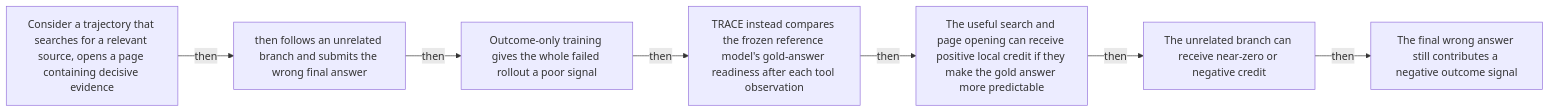
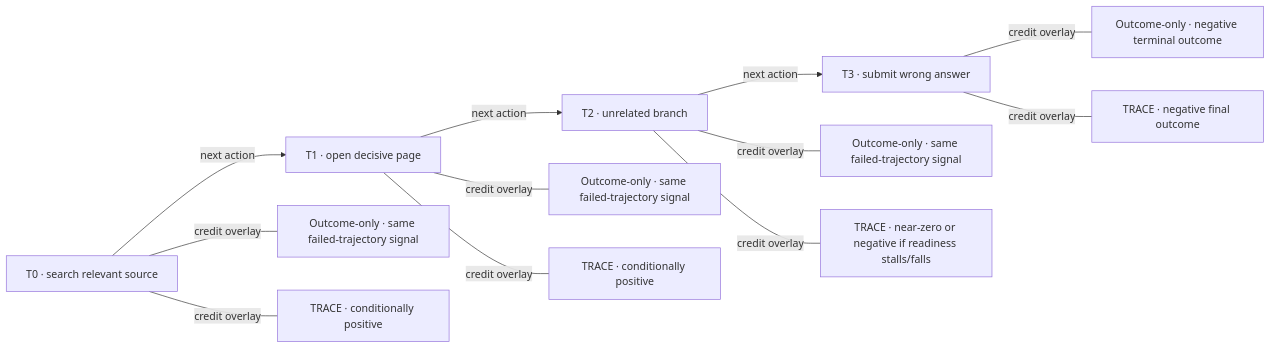
One commit to Betancourt1/paper_atlas changed diagram 22 of 48 in docs/visual-manifests/VISUAL_MANIFEST_TRACE.md. Above: the diagram before and after it, drawn with Mermaid. The commit also changed other lines of this file and 7 other files, not shown here.

````diff
--- a/docs/visual-manifests/VISUAL_MANIFEST_TRACE.md
+++ b/docs/visual-manifests/VISUAL_MANIFEST_TRACE.md
@@ -1817,16 +1896,26 @@
 ```mermaid
 flowchart LR
-  n1["Consider a trajectory that searches for a relevant source, opens a page containing decisive evidence"]
-  n2["then follows an unrelated branch and submits the wrong final answer"]
-  n3["Outcome-only training gives the whole failed rollout a poor signal"]
-  n4["TRACE instead compares the frozen reference model's gold-answer readiness after each tool observation"]
-  n5["The useful search and page opening can receive positive local credit if they make the gold answer more predictable"]
-  n6["The unrelated branch can receive near-zero or negative credit"]
-  n7["The final wrong answer still contributes a negative outcome signal"]
-  n1 -->|"then"| n2
-  n2 -->|"then"| n3
-  n3 -->|"then"| n4
-  n4 -->|"then"| n5
-  n5 -->|"then"| n6
-  n6 -->|"then"| n7
+  a0["T0 · search relevant source"]
+  a1["T1 · open decisive page"]
+  a2["T2 · unrelated branch"]
+  a3["T3 · submit wrong answer"]
+  o0["Outcome-only · same failed-trajectory signal"]
+  t0["TRACE · conditionally positive"]
+  o1["Outcome-only · same failed-trajectory signal"]
+  t1["TRACE · conditionally positive"]
+  o2["Outcome-only · same failed-trajectory signal"]
+  t2["TRACE · near-zero or negative if readiness stalls/falls"]
+  o3["Outcome-only · negative terminal outcome"]
+  t3["TRACE · negative final outcome"]
+  a0 -->|"next action"| a1
+  a1 -->|"next action"| a2
+  a2 -->|"next action"| a3
+  a0 ---|"credit overlay"| o0
+  a0 ---|"credit overlay"| t0
+  a1 ---|"credit overlay"| o1
+  a1 ---|"credit overlay"| t1
+  a2 ---|"credit overlay"| o2
+  a2 ---|"credit overlay"| t2
+  a3 ---|"credit overlay"| o3
+  a3 ---|"credit overlay"| t3
 ```
````
